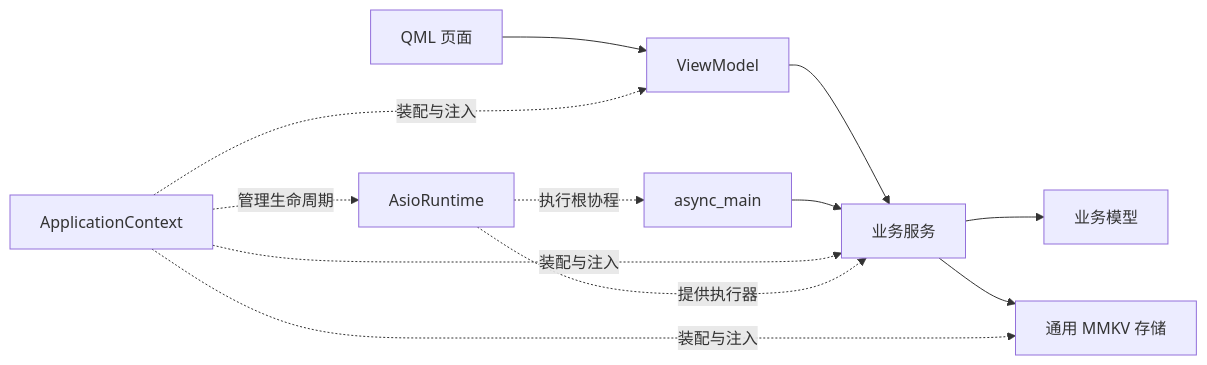
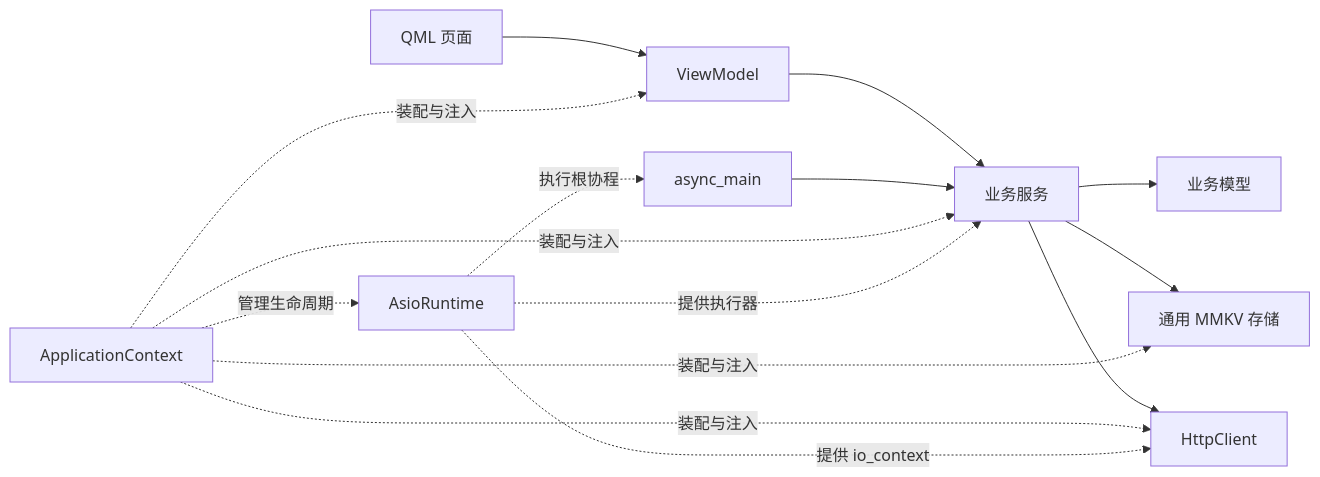
The diagram in docs/architecture.md (Ember-Moth/Qt-template), drawn with Mermaid before and after one commit. The commit also changed other lines of this file and 33 other files, not shown here.

````diff
--- a/docs/architecture.md
+++ b/docs/architecture.md
@@ -20,14 +23,17 @@
 ```mermaid
 flowchart LR
     UI[QML 页面] --> VM[ViewModel]
     VM --> Service[业务服务]
     Service --> Model[业务模型]
     Service --> Store[通用 MMKV 存储]
+    Service --> Http[HttpClient]
     Entry[async_main] --> Service
     Context[ApplicationContext] -.装配与注入.-> VM
     Context -.装配与注入.-> Service
     Context -.装配与注入.-> Store
+    Context -.装配与注入.-> Http
     Context -.管理生命周期.-> Runtime[AsioRuntime]
     Runtime -.提供执行器.-> Service
+    Runtime -.提供 io_context.-> Http
     Runtime -.执行根协程.-> Entry
 ```
````
